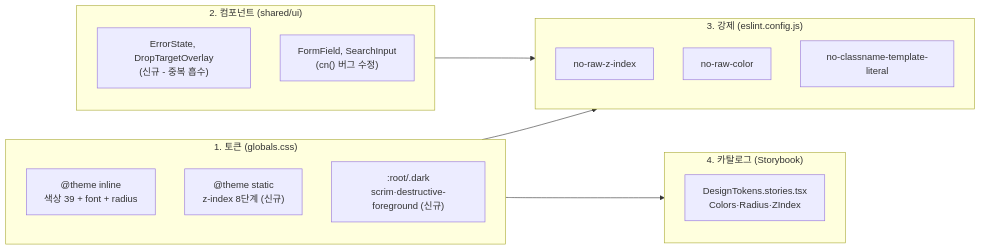
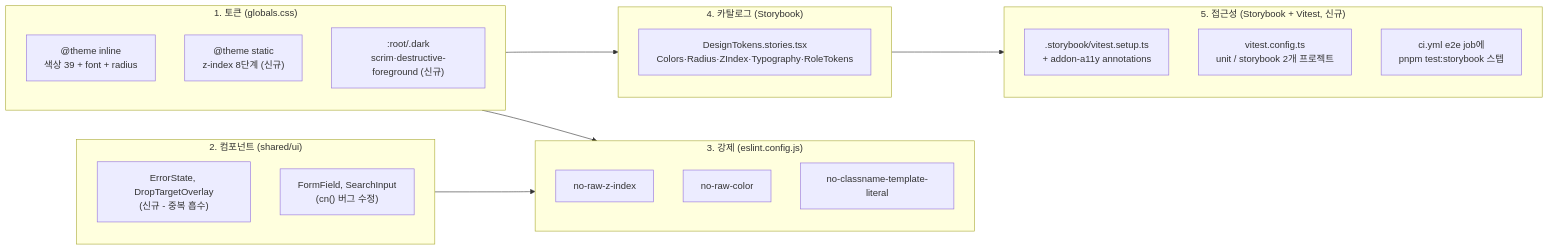
Before and after one commit to BAECHAN/link-sphere_FE_NEW: the second of 2 diagrams in docs/DESIGN-SYSTEM.md, drawn with Mermaid. The commit also changed other lines of this file and 17 other files, not shown here.

````diff
--- a/docs/DESIGN-SYSTEM.md
+++ b/docs/DESIGN-SYSTEM.md
@@ -79,23 +86,29 @@
 ```mermaid
 flowchart LR
     subgraph tokens ["1. 토큰 (globals.css)"]
         T1["@theme inline<br/>색상 39 + font + radius"]
         T2["@theme static<br/>z-index 8단계 (신규)"]
         T3[":root/.dark<br/>scrim·destructive-foreground (신규)"]
     end
     subgraph components ["2. 컴포넌트 (shared/ui)"]
         C1["ErrorState, DropTargetOverlay<br/>(신규 - 중복 흡수)"]
         C2["FormField, SearchInput<br/>(cn() 버그 수정)"]
     end
     subgraph enforce ["3. 강제 (eslint.config.js)"]
         E1["no-raw-z-index"]
         E2["no-raw-color"]
         E3["no-classname-template-literal"]
     end
     subgraph catalog ["4. 카탈로그 (Storybook)"]
-        S1["DesignTokens.stories.tsx<br/>Colors·Radius·ZIndex"]
+        S1["DesignTokens.stories.tsx<br/>Colors·Radius·ZIndex·Typography·RoleTokens"]
+    end
+    subgraph a11y ["5. 접근성 (Storybook + Vitest, 신규)"]
+        AX1[".storybook/vitest.setup.ts<br/>+ addon-a11y annotations"]
+        AX2["vitest.config.ts<br/>unit / storybook 2개 프로젝트"]
+        AX3["ci.yml e2e job에<br/>pnpm test:storybook 스텝"]
     end
     tokens --> enforce
     components --> enforce
     tokens --> catalog
+    catalog --> a11y
 ```
````
